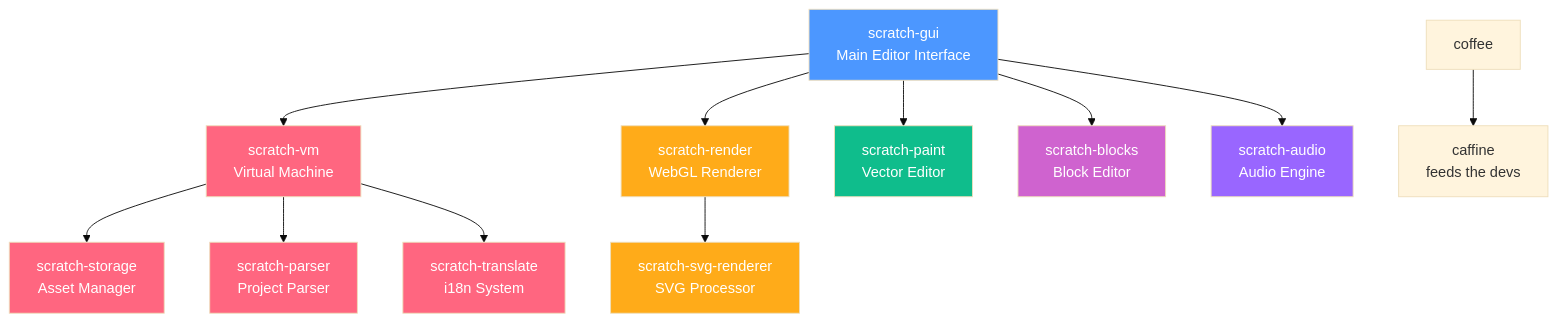
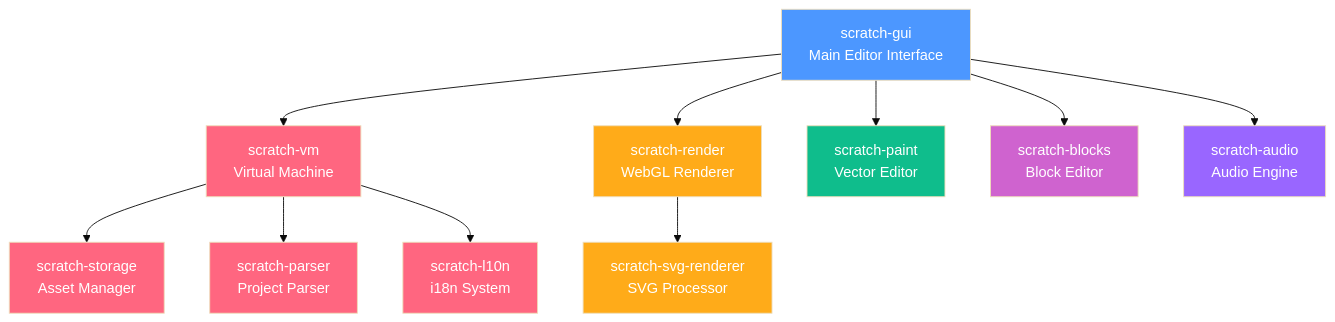
One commit to OmniBlocks/monorepo changed the diagram in scratch-gui/README.md. Above: the diagram before and after it, drawn with Mermaid (base theme). The commit also changed other lines of this file, not shown here.

````diff
--- a/scratch-gui/README.md
+++ b/scratch-gui/README.md
@@ -113,24 +113,23 @@
 ```mermaid
 graph TD
     A["scratch-gui<br/>Main Editor Interface"] --> B["scratch-vm<br/>Virtual Machine"]
     A --> C["scratch-render<br/>WebGL Renderer"]
     A --> D["scratch-paint<br/>Vector Editor"]
     A --> E["scratch-blocks<br/>Block Editor"]
     A --> F["scratch-audio<br/>Audio Engine"]
     B --> G["scratch-storage<br/>Asset Manager"]
     C --> H["scratch-svg-renderer<br/>SVG Processor"]
     B --> I["scratch-parser<br/>Project Parser"]
-    B --> J["scratch-translate<br/>i18n System"]
-    K["coffee"] --> L["caffine<br/>feeds the devs"] 
+    B --> J["scratch-l10n<br/>i18n System"]
     
     style A fill:#4C97FF,color:#fff
     style B fill:#FF6680,color:#fff
     style C fill:#FFAB19,color:#fff
     style D fill:#0FBD8C,color:#fff
     style E fill:#CF63CF,color:#fff
     style F fill:#9966FF,color:#fff
     style G fill:#FF6680,color:#fff
     style H fill:#FFAB19,color:#fff
     style I fill:#FF6680,color:#fff
     style J fill:#FF6680,color:#fff
 ```
````
